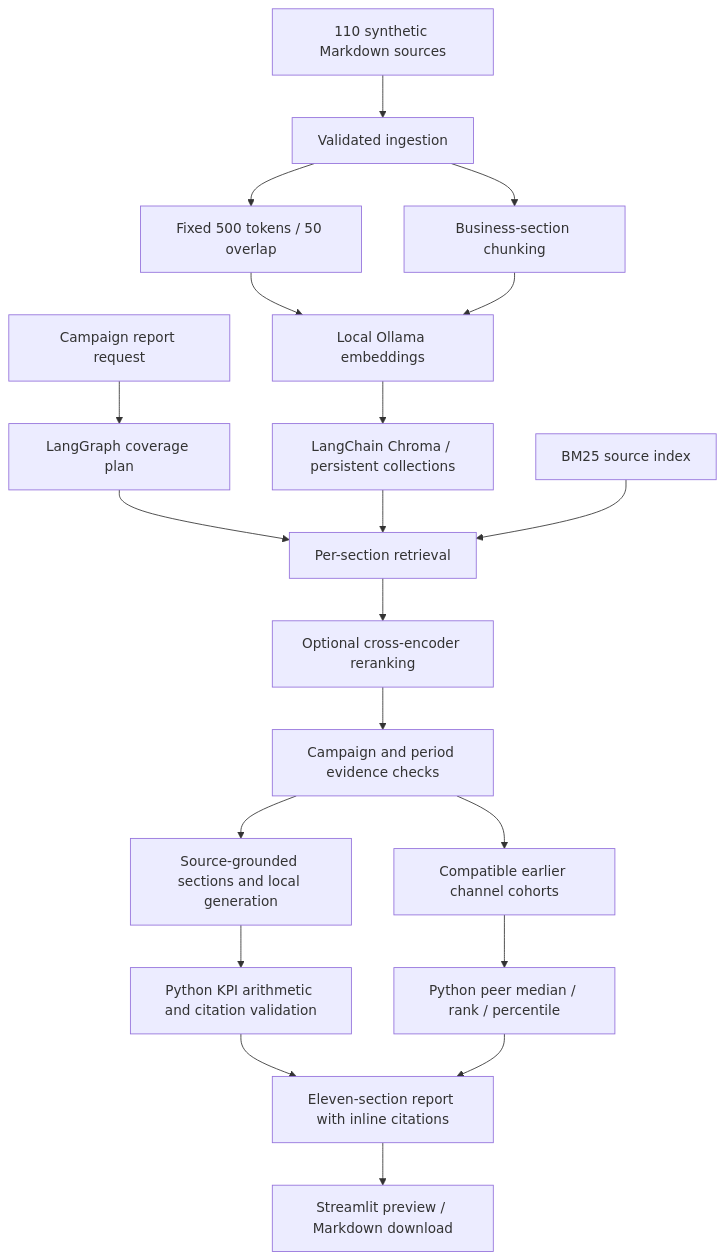
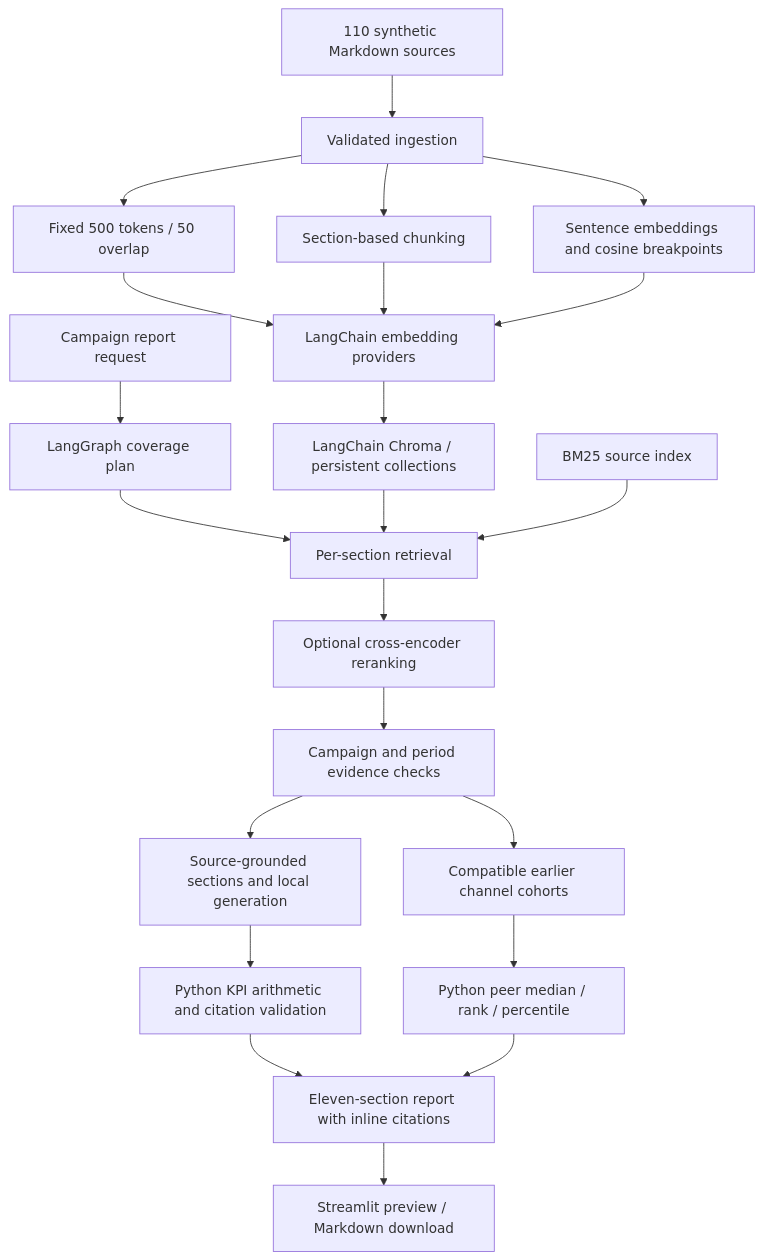
The diagram in Campaign-Intelligence-Hub/docs/architecture.md (Chandra-P/Master_AgenticAI), drawn with Mermaid before and after one commit. The commit also changed other lines of this file and 12 other files, not shown here.

````diff
--- a/Campaign-Intelligence-Hub/docs/architecture.md
+++ b/Campaign-Intelligence-Hub/docs/architecture.md
@@ -7,22 +7,24 @@
 ```mermaid
 flowchart TD
     C[110 synthetic Markdown sources] --> I[Validated ingestion]
     I --> F[Fixed 500 tokens / 50 overlap]
-    I --> S[Business-section chunking]
-    F --> E[Local Ollama embeddings]
+    I --> S[Section-based chunking]
+    I --> T[Sentence embeddings and cosine breakpoints]
+    F --> E[LangChain embedding providers]
     S --> E
+    T --> E
     E --> D[LangChain Chroma / persistent collections]
     U[Campaign report request] --> L[LangGraph coverage plan]
     L --> R[Per-section retrieval]
     D --> R
     B[BM25 source index] --> R
     R --> RR[Optional cross-encoder reranking]
     RR --> V[Campaign and period evidence checks]
     V --> G[Source-grounded sections and local generation]
     G --> K[Python KPI arithmetic and citation validation]
     K --> O[Eleven-section report with inline citations]
     V --> H[Compatible earlier channel cohorts]
     H --> P[Python peer median / rank / percentile]
     P --> O
     O --> UI[Streamlit preview / Markdown download]
 ```
````
